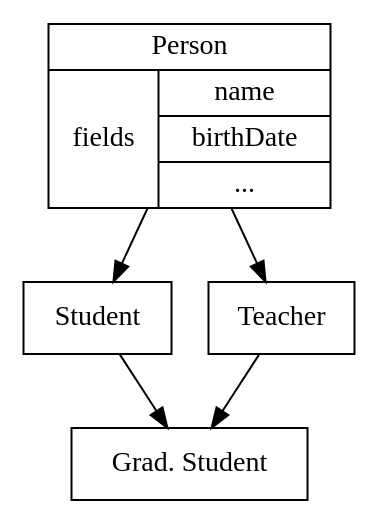
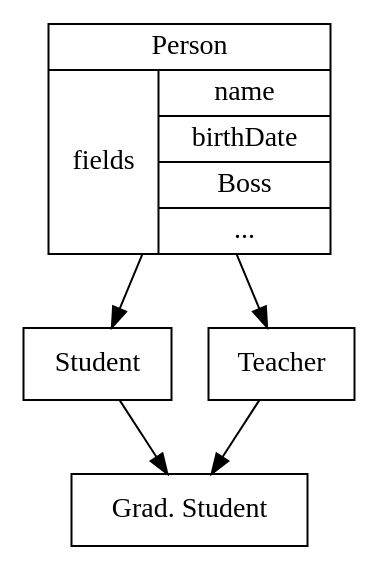
Before and after one commit to jyp/PLT-Course: the first of 4 diagrams in Pub/Lectures.org, drawn with Graphviz. The commit also changed other lines of this file, not shown here.

Commit message:
reorder things show graphs

```diff
--- a/Pub/Lectures.org
+++ b/Pub/Lectures.org
@@ -929,8 +929,8 @@
-#+begin_src dot :file diamond.svg :cmdline -Kdot -Tsvg
+#+begin_src dot :file diamond.svg :cmdline -Kdot -Tsvg :exports results
 digraph G {
    node [shape="record"];
-   "Person" [label="{Person | { fields | {name | birthDate | ...}}}"];
+   "Person" [label="{Person | { fields | {name | birthDate | Boss | ...}}}"];
    Person -> Student -> "Grad. Student"
    Person -> Teacher -> "Grad. Student"
 }
 #+end_src
```
